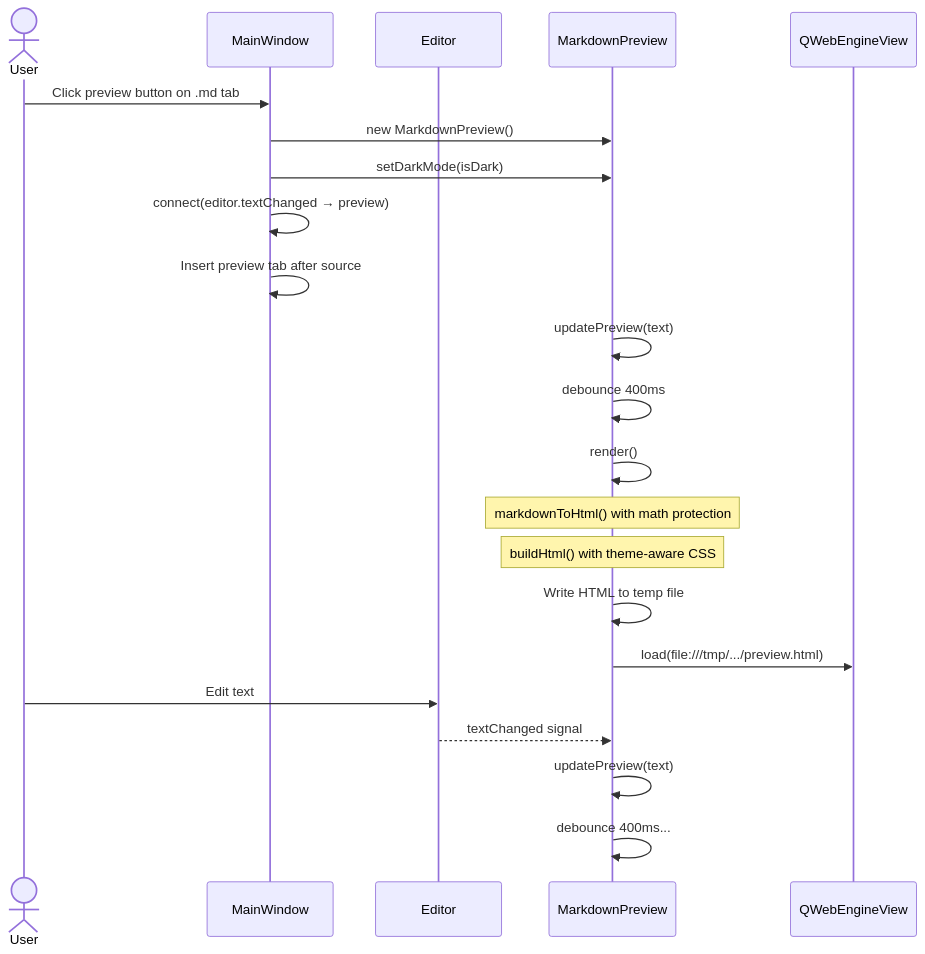
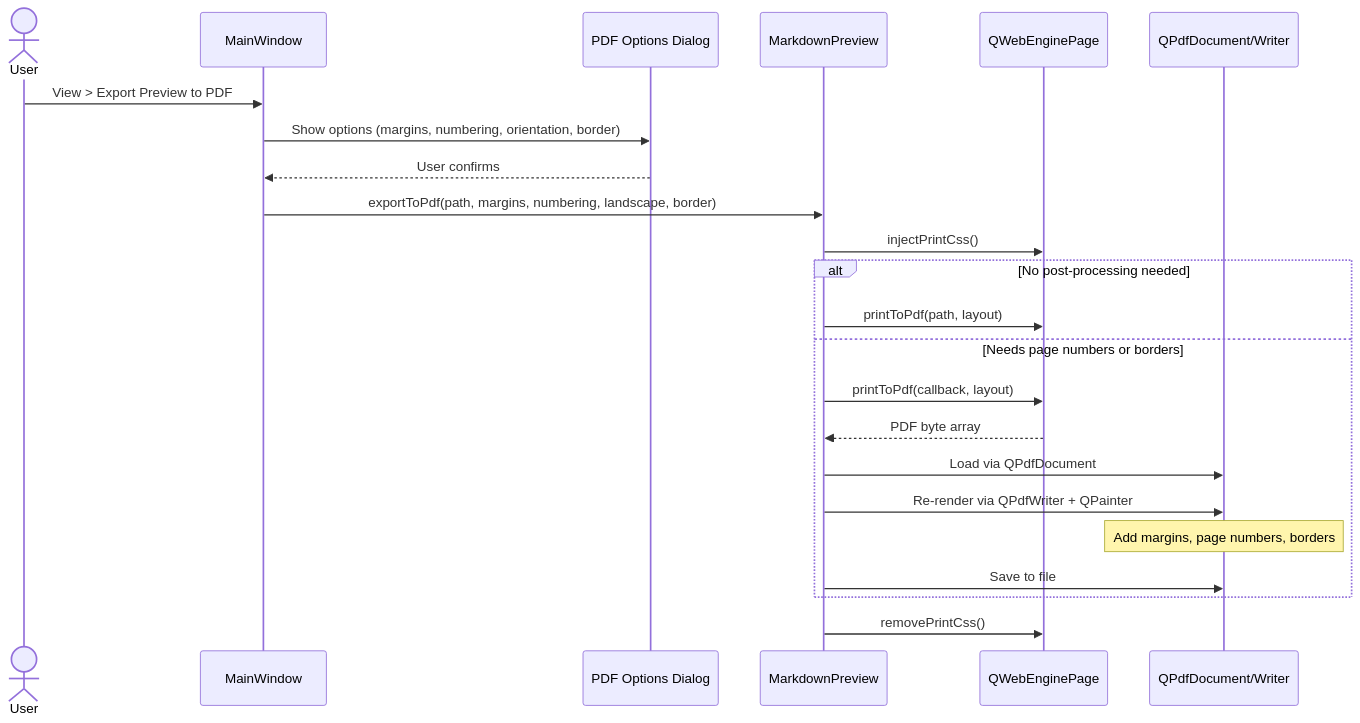
The fifth of 11 diagrams in docs/diagrams.md (dkrse/text-ed), drawn with Mermaid before and after one commit. The commit also changed other lines of this file and 23 other files, not shown here.

````diff
--- a/docs/diagrams.md
+++ b/docs/diagrams.md
@@ -250,26 +279,26 @@
 ```mermaid
 sequenceDiagram
     actor User
     participant MW as MainWindow
-    participant ED as Editor
+    participant DLG as PDF Options Dialog
     participant MP as MarkdownPreview
-    participant WV as QWebEngineView
+    participant WE as QWebEnginePage
+    participant PDF as QPdfDocument/Writer
 
-    User->>MW: Click preview button on .md tab
-    MW->>MP: new MarkdownPreview()
-    MW->>MP: setDarkMode(isDark)
-    MW->>MW: connect(editor.textChanged → preview)
-    MW->>MW: Insert preview tab after source
-    MP->>MP: updatePreview(text)
-    MP->>MP: debounce 400ms
-    MP->>MP: render()
-    Note over MP: markdownToHtml() with math protection
-    Note over MP: buildHtml() with theme-aware CSS
-    MP->>MP: Write HTML to temp file
-    MP->>WV: load(file:///tmp/.../preview.html)
-
-    User->>ED: Edit text
-    ED-->>MP: textChanged signal
-    MP->>MP: updatePreview(text)
-    MP->>MP: debounce 400ms...
+    User->>MW: View > Export Preview to PDF
+    MW->>DLG: Show options (margins, numbering, orientation, border)
+    DLG-->>MW: User confirms
+    MW->>MP: exportToPdf(path, margins, numbering, landscape, border)
+    MP->>WE: injectPrintCss()
+    alt No post-processing needed
+        MP->>WE: printToPdf(path, layout)
+    else Needs page numbers or borders
+        MP->>WE: printToPdf(callback, layout)
+        WE-->>MP: PDF byte array
+        MP->>PDF: Load via QPdfDocument
+        MP->>PDF: Re-render via QPdfWriter + QPainter
+        Note over PDF: Add margins, page numbers, borders
+        MP->>PDF: Save to file
+    end
+    MP->>WE: removePrintCss()
 ```
````
